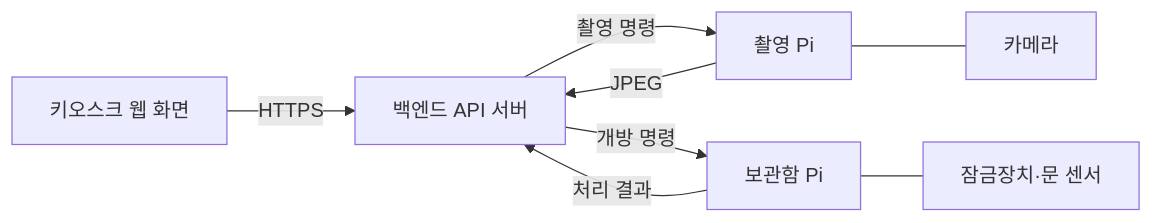
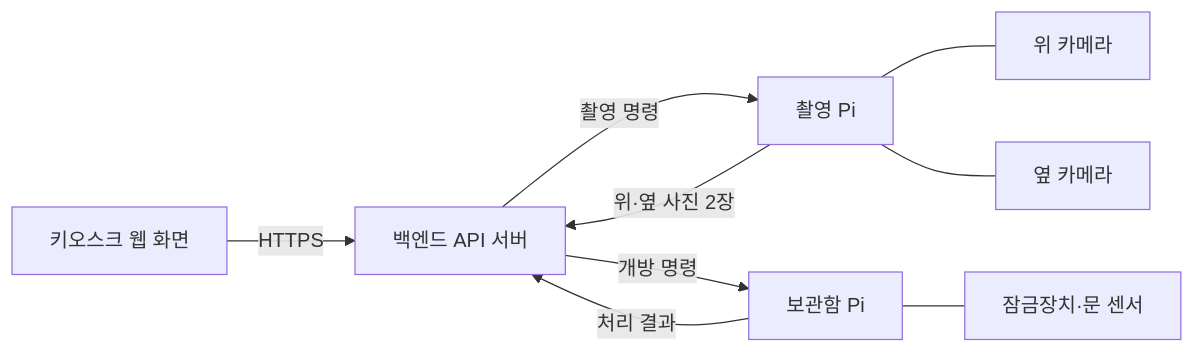
The diagram in raspberry-pi/README.md (CloudAIoT/smart-lost-found), drawn with Mermaid before and after one commit. The commit also changed other lines of this file, not shown here.

Commit message:
by 정형식 - 라즈베리파이 README에 카메라 2대 구성 반영

````diff
--- a/raspberry-pi/README.md
+++ b/raspberry-pi/README.md
@@ -18,10 +20,11 @@
 ```mermaid
 flowchart LR
     Screen[키오스크 웹 화면] -->|HTTPS| Backend[백엔드 API 서버]
     Backend -->|촬영 명령| CapturePi[촬영 Pi]
-    CapturePi -->|JPEG| Backend
+    CapturePi -->|위·옆 사진 2장| Backend
     Backend -->|개방 명령| LockerPi[보관함 Pi]
     LockerPi -->|처리 결과| Backend
-    CapturePi --- Camera[카메라]
+    CapturePi --- TopCam[위 카메라]
+    CapturePi --- SideCam[옆 카메라]
     LockerPi --- Locker[잠금장치·문 센서]
 ```
````
